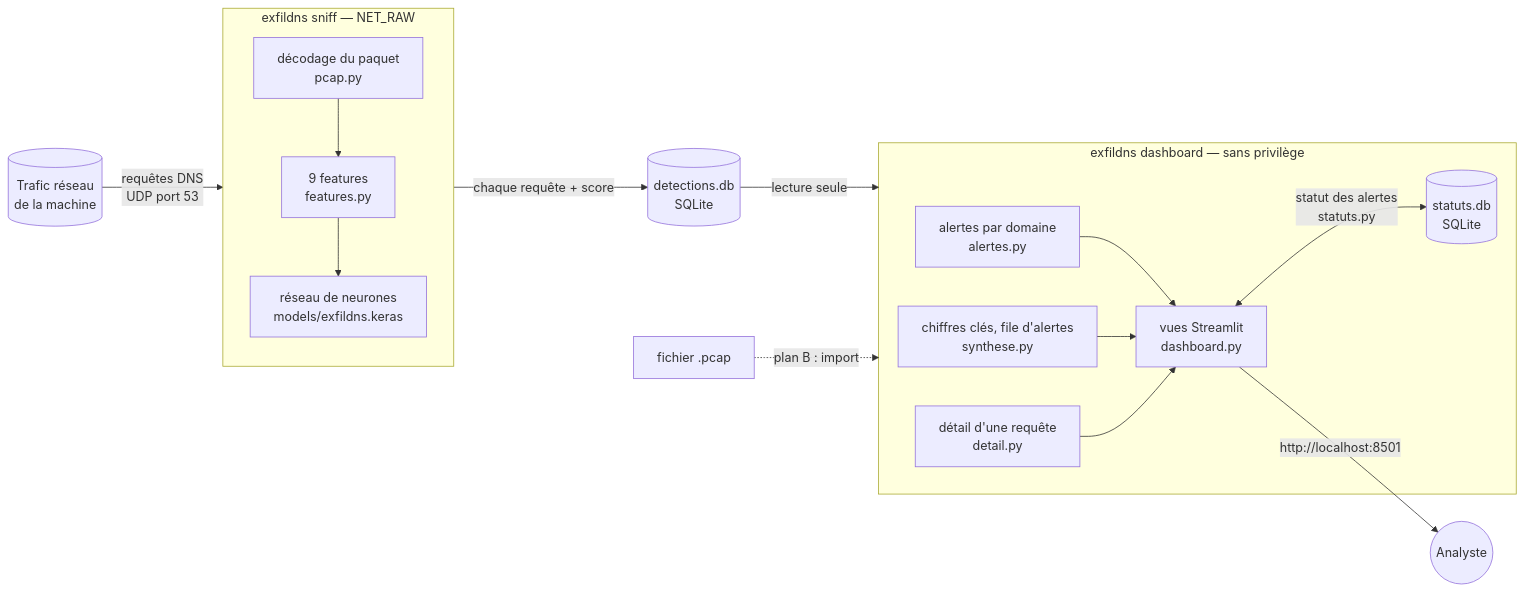
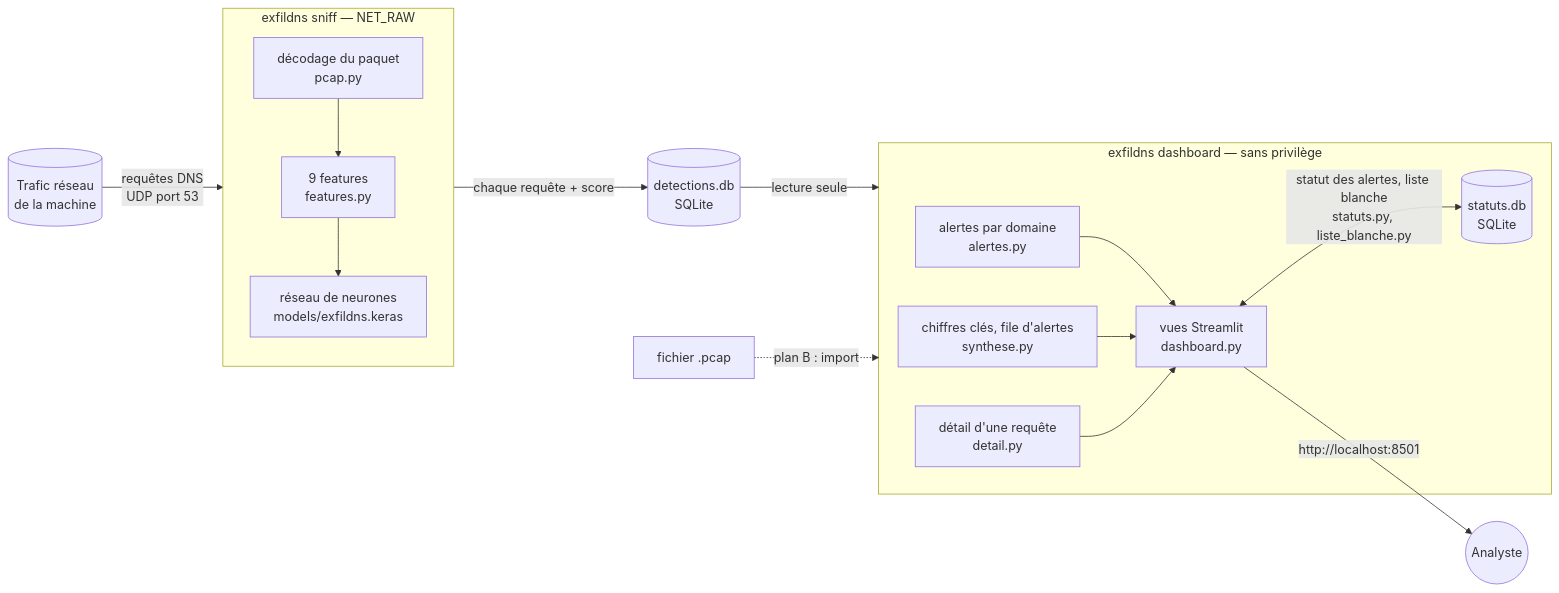
The diagram in docs/deploiement.md (PabloHavane/exfildns), drawn with Mermaid before and after one commit. The commit also changed other lines of this file and 6 other files, not shown here.

First line of the commit message:
feat(dashboard): liste blanche modifiable depuis le dashboard (#96)

````diff
--- a/docs/deploiement.md
+++ b/docs/deploiement.md
@@ -9,17 +9,17 @@
 ```mermaid
 flowchart LR
     R[(Trafic réseau<br/>de la machine)] -->|requêtes DNS<br/>UDP port 53| S
     subgraph S [exfildns sniff — NET_RAW]
         D[décodage du paquet<br/>pcap.py] --> F[9 features<br/>features.py] --> M[réseau de neurones<br/>models/exfildns.keras]
     end
     S -->|chaque requête + score| B[(detections.db<br/>SQLite)]
     B -->|lecture seule| T
     subgraph T [exfildns dashboard — sans privilège]
         A[alertes par domaine<br/>alertes.py] --> V[vues Streamlit<br/>dashboard.py]
         Y[chiffres clés, file d'alertes<br/>synthese.py] --> V
         Q[détail d'une requête<br/>detail.py] --> V
-        V <-->|statut des alertes<br/>statuts.py| E[(statuts.db<br/>SQLite)]
+        V <-->|statut des alertes, liste blanche<br/>statuts.py, liste_blanche.py| E[(statuts.db<br/>SQLite)]
     end
     V -->|http://localhost:8501| U((Analyste))
     P[fichier .pcap] -.->|plan B : import| T
 ```
````
